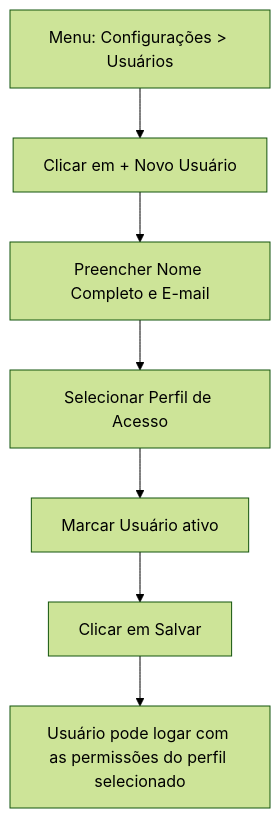
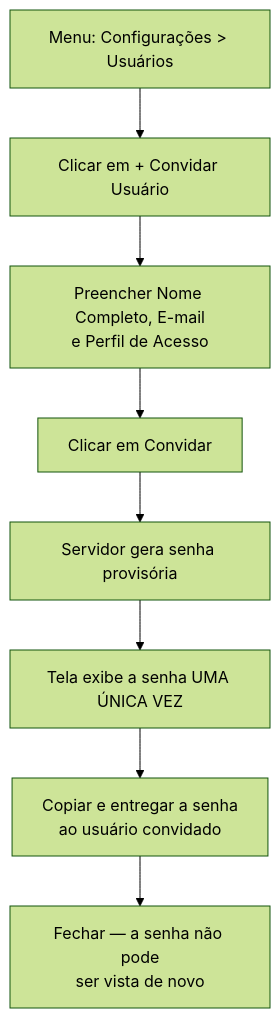
Before and after one commit to edvaldosm/markup-front: the diagram in docs/manual/13-usuarios.md, drawn with Mermaid (forest theme). The commit also changed other lines of this file and 15 other files, not shown here.

````diff
--- a/docs/manual/13-usuarios.md
+++ b/docs/manual/13-usuarios.md
@@ -30,9 +34,10 @@
 ```mermaid
 flowchart TD
-    A["Menu: Configurações > Usuários"] --> B["Clicar em + Novo Usuário"]
-    B --> C["Preencher Nome Completo e E-mail"]
-    C --> D["Selecionar Perfil de Acesso"]
-    D --> E["Marcar Usuário ativo"]
-    E --> F["Clicar em Salvar"]
-    F --> G["Usuário pode logar com as permissões do perfil selecionado"]
+    A["Menu: Configurações > Usuários"] --> B["Clicar em + Convidar Usuário"]
+    B --> C["Preencher Nome Completo, E-mail\ne Perfil de Acesso"]
+    C --> D["Clicar em Convidar"]
+    D --> E["Servidor gera senha provisória"]
+    E --> F["Tela exibe a senha UMA ÚNICA VEZ"]
+    F --> G["Copiar e entregar a senha\nao usuário convidado"]
+    G --> H["Fechar — a senha não pode\nser vista de novo"]
 ```
````
